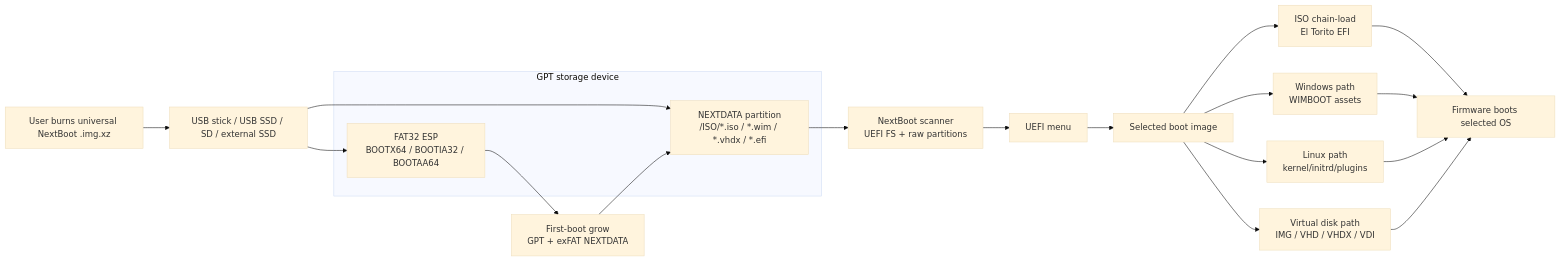
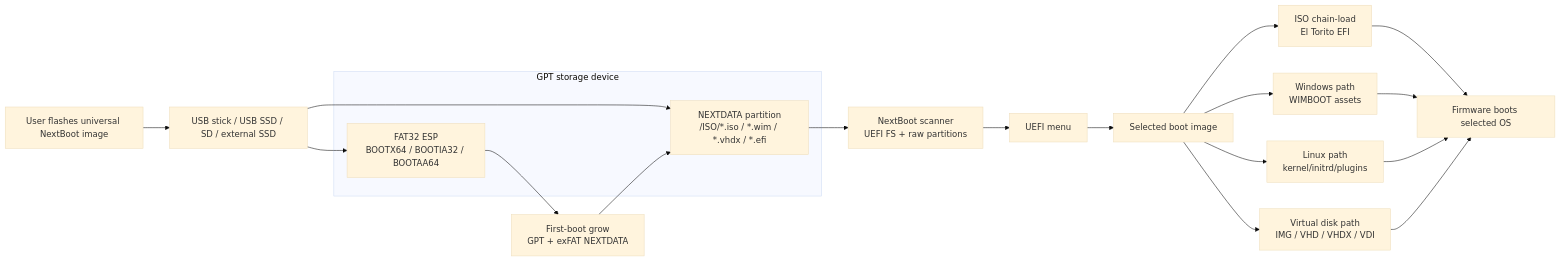
Before and after one commit to tianrking/NextBoot: the diagram in README.md, drawn with Mermaid (base theme). The commit also changed other lines of this file and 6 other files, not shown here.

````diff
--- a/README.md
+++ b/README.md
@@ -117,26 +114,26 @@
 ```mermaid
 flowchart LR
-  User["User burns universal NextBoot .img.xz"] --> Media["USB stick / USB SSD / SD / external SSD"]
+  User["User flashes universal NextBoot image"] --> Media["USB stick / USB SSD / SD / external SSD"]
 
   subgraph Disk["GPT storage device"]
     ESP["FAT32 ESP<br/>BOOTX64 / BOOTIA32 / BOOTAA64"]
     DATA["NEXTDATA partition<br/>/ISO/*.iso / *.wim / *.vhdx / *.efi"]
   end
 
   Media --> ESP
   Media --> DATA
   ESP --> Grow["First-boot grow<br/>GPT + exFAT NEXTDATA"]
   Grow --> DATA
   DATA --> Scan["NextBoot scanner<br/>UEFI FS + raw partitions"]
   Scan --> Menu["UEFI menu"]
   Menu --> Choice["Selected boot image"]
   Choice --> ISO["ISO chain-load<br/>El Torito EFI"]
   Choice --> Windows["Windows path<br/>WIMBOOT assets"]
   Choice --> Linux["Linux path<br/>kernel/initrd/plugins"]
   Choice --> VDisk["Virtual disk path<br/>IMG / VHD / VHDX / VDI"]
 
   ISO --> Firmware["Firmware boots selected OS"]
   Windows --> Firmware
   Linux --> Firmware
   VDisk --> Firmware
 ```
````
